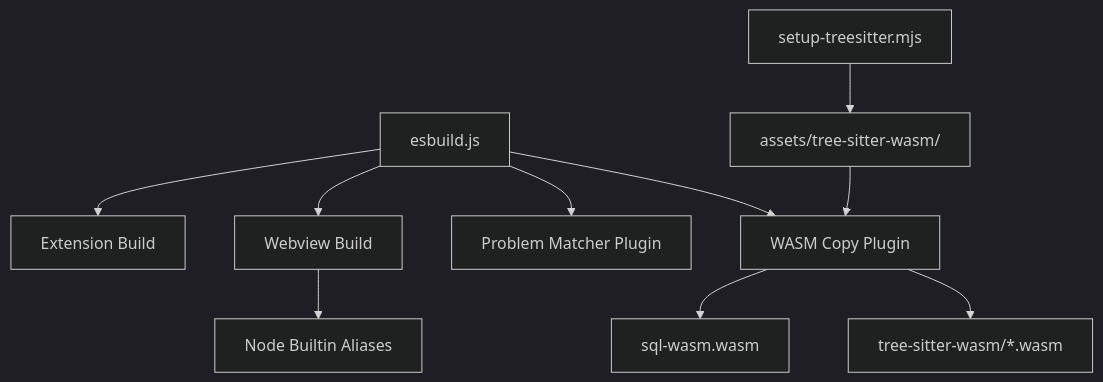
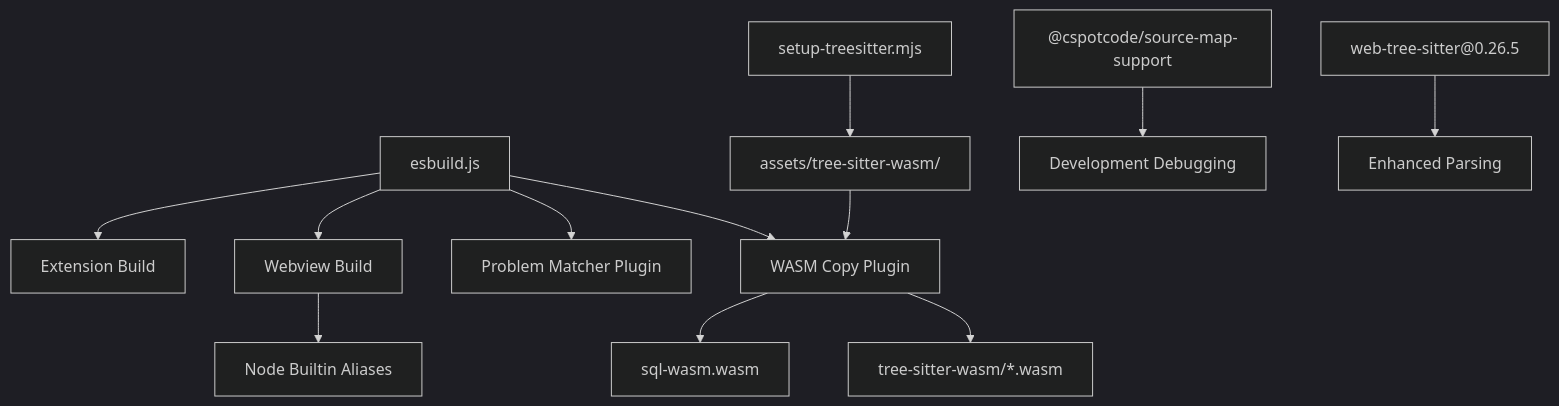
One commit to bramburn/repomix-runner changed the sixth of 6 diagrams in .qoder/repowiki/en/content/Build and Deployment/TypeScript Compilation.md. Above: the diagram before and after it, drawn with Mermaid (dark theme). The commit also changed other lines of this file and 19 other files, not shown here.

````diff
--- a/.qoder/repowiki/en/content/Build and Deployment/TypeScript Compilation.md
+++ b/.qoder/repowiki/en/content/Build and Deployment/TypeScript Compilation.md
@@ -282,12 +298,14 @@
 ```mermaid
 graph TB
 ESB["esbuild.js"] --> EXT["Extension Build"]
 ESB --> WV["Webview Build"]
 WV --> SHIMS["Node Builtin Aliases"]
 ESB --> PM["Problem Matcher Plugin"]
 ESB --> CW["WASM Copy Plugin"]
 CW --> SQL["sql-wasm.wasm"]
 CW --> TSW["tree-sitter-wasm/*.wasm"]
 TSSET["setup-treesitter.mjs"] --> TSDIR["assets/tree-sitter-wasm/"]
 TSDIR --> CW
+SUB["@cspotcode/source-map-support"] --> DEV["Development Debugging"]
+WTS["web-tree-sitter@0.26.5"] --> PARSERS["Enhanced Parsing"]
 ```
````
